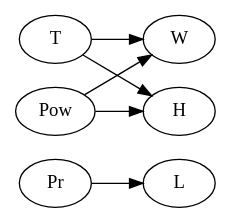
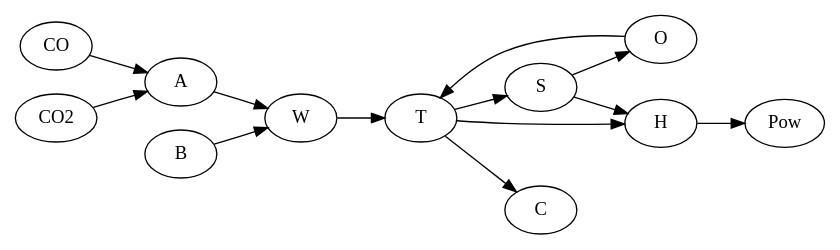
Before and after one commit to smarianimore/multiagent_algorithm: the diagram in tmp/3/Digraph.gv, drawn with Graphviz. The commit also changed 12 other files, not shown here.

```diff
--- a/tmp/3/Digraph.gv
+++ b/tmp/3/Digraph.gv
@@ -1,8 +1,15 @@
 digraph {
 	graph [rankdir=LR]
-	Pr -> L
-	T -> W
+	CO -> A
+	CO2 -> A
+	A -> W
+	B -> W
+	O -> T
+	W -> T
+	S -> H
+	S -> O
+	H -> Pow
+	T -> C
 	T -> H
-	Pow -> W
-	Pow -> H
+	T -> S
 }
```
